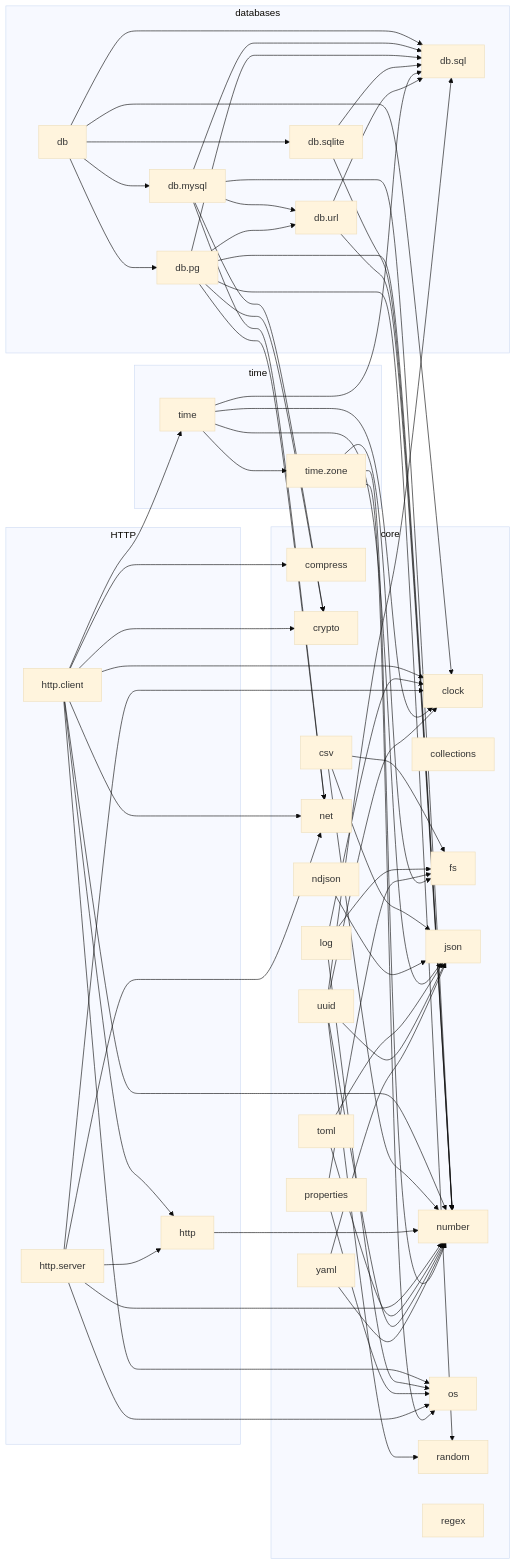
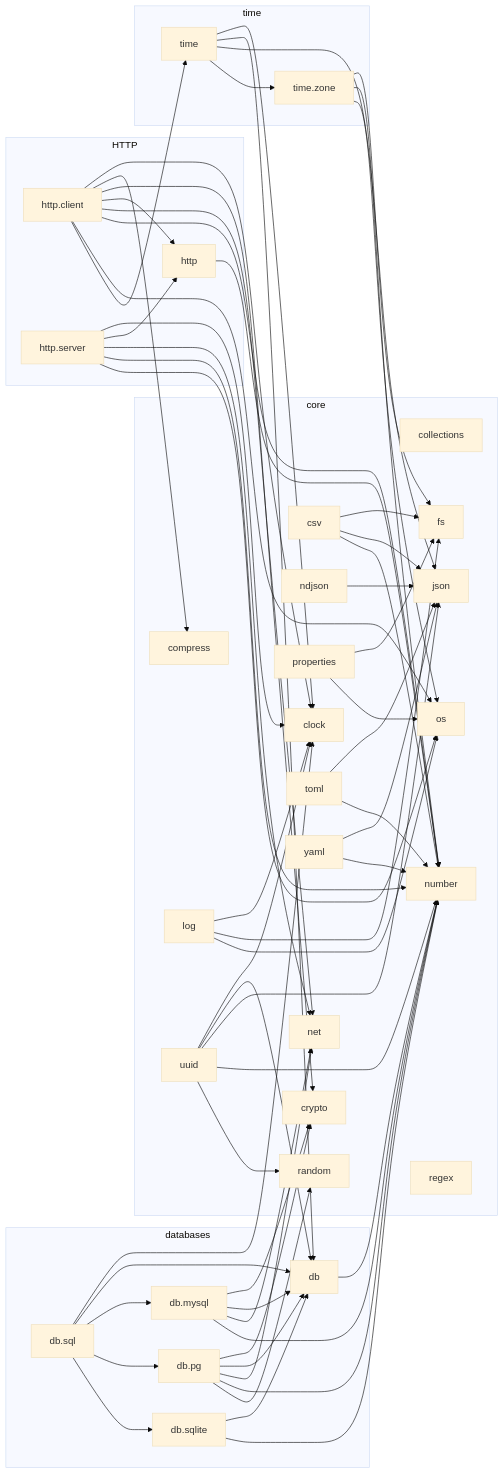
Before and after one commit to vasnatech/ziman: the diagram in docs/lib/dependencies.md, drawn with Mermaid (base theme). The commit also changed other lines of this file and 68 other files, not shown here.

Commit message:
database modules renamed: db is the shared kit (types, readers, URL parser; was sql + url), sql is the module a program calls (was db)

```diff
--- a/docs/lib/dependencies.md
+++ b/docs/lib/dependencies.md
@@ -33,7 +33,6 @@
         pg["db.pg"]
         sql["db.sql"]
         sqlite["db.sqlite"]
-        url["db.url"]
     end
     subgraph group_http["HTTP"]
         client["http.client"]
@@ -55,27 +54,21 @@
     csv --> fs
     csv --> json
     csv --> number
-    db --> clock
-    db --> mysql
-    db --> pg
-    db --> sql
-    db --> sqlite
+    db --> number
     http --> number
     log --> clock
     log --> fs
     log --> os
     mysql --> crypto
+    mysql --> db
     mysql --> net
     mysql --> number
-    mysql --> sql
-    mysql --> url
     ndjson --> json
     pg --> crypto
+    pg --> db
     pg --> net
     pg --> number
     pg --> random
-    pg --> sql
-    pg --> url
     properties --> fs
     properties --> os
     server --> clock
@@ -83,21 +76,24 @@
     server --> net
     server --> number
     server --> os
+    sql --> clock
+    sql --> db
+    sql --> mysql
+    sql --> pg
+    sql --> sqlite
+    sqlite --> db
     sqlite --> number
-    sqlite --> sql
     time --> clock
+    time --> db
     time --> json
-    time --> sql
     time --> zone
     toml --> json
     toml --> number
-    url --> number
-    url --> sql
     uuid --> clock
+    uuid --> db
     uuid --> json
     uuid --> number
     uuid --> random
-    uuid --> sql
     yaml --> json
     yaml --> number
     zone --> fs
```
